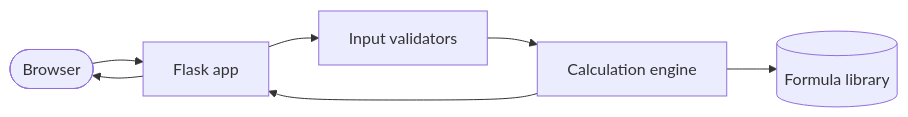
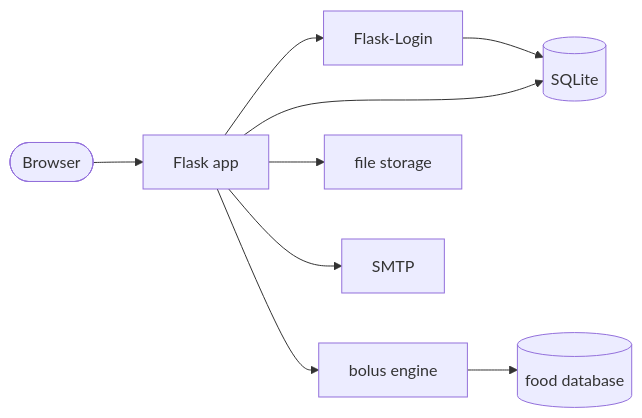
Before and after one commit to levyvbremen/dosecalc-showcase: the diagram in README.md, drawn with Mermaid. The commit also changed other lines of this file, not shown here.

Commit message:
Update showcase to match actual app (insulin bolus calculator)

````diff
--- a/README.md
+++ b/README.md
@@ -15,15 +15,20 @@
 ```mermaid
 flowchart LR
     User([Browser])
     Flask[Flask app]
-    Engine[Calculation engine]
-    Formulas[(Formula library)]
-    Validators[Input validators]
+    Auth[Flask-Login]
+    Engine[bolus engine]
+    Food[(food database)]
+    Storage[file storage]
+    DB[(SQLite)]
+    Mail[SMTP]
 
     User --> Flask
-    Flask --> Validators
-    Validators --> Engine
-    Engine --> Formulas
-    Engine --> Flask
-    Flask --> User
+    Flask --> Auth
+    Auth --> DB
+    Flask --> Engine
+    Engine --> Food
+    Flask --> Storage
+    Flask --> DB
+    Flask --> Mail
 ```
````
